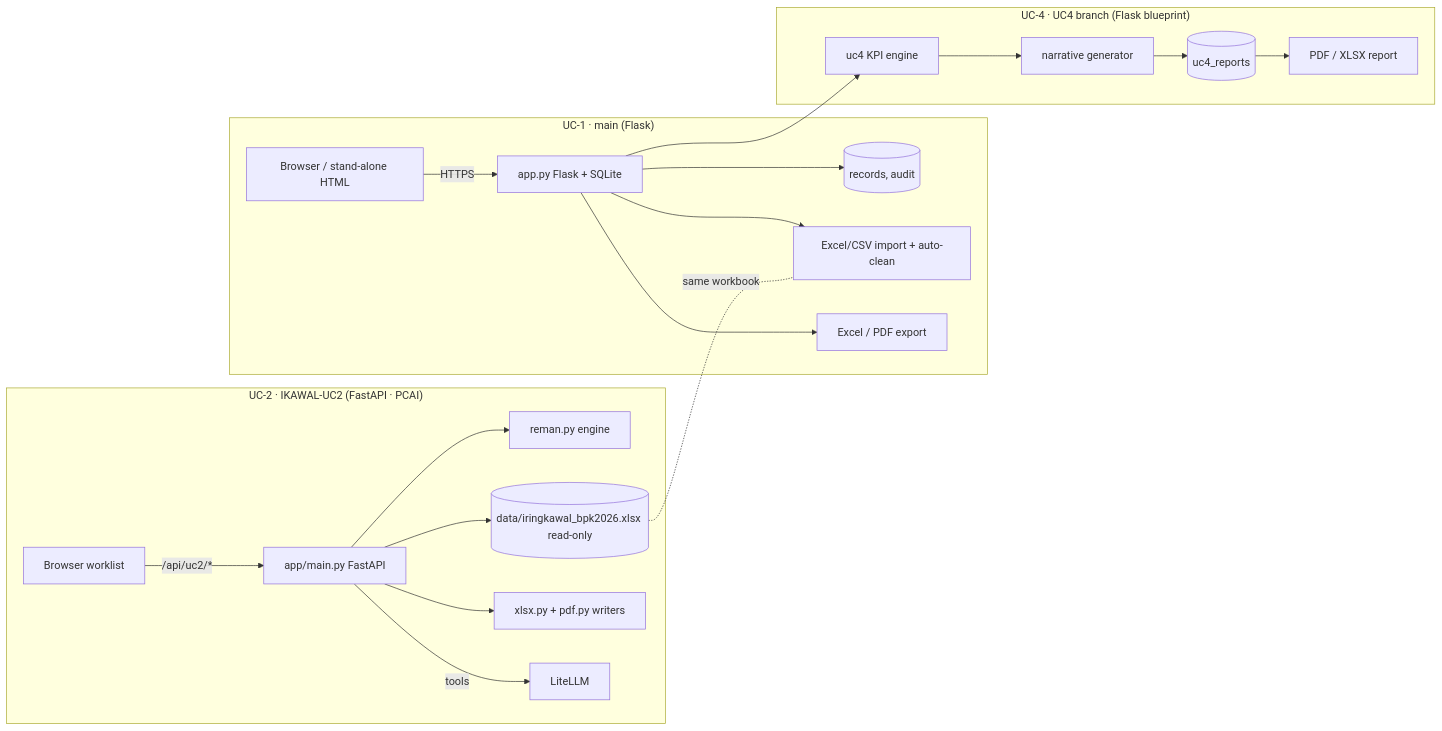
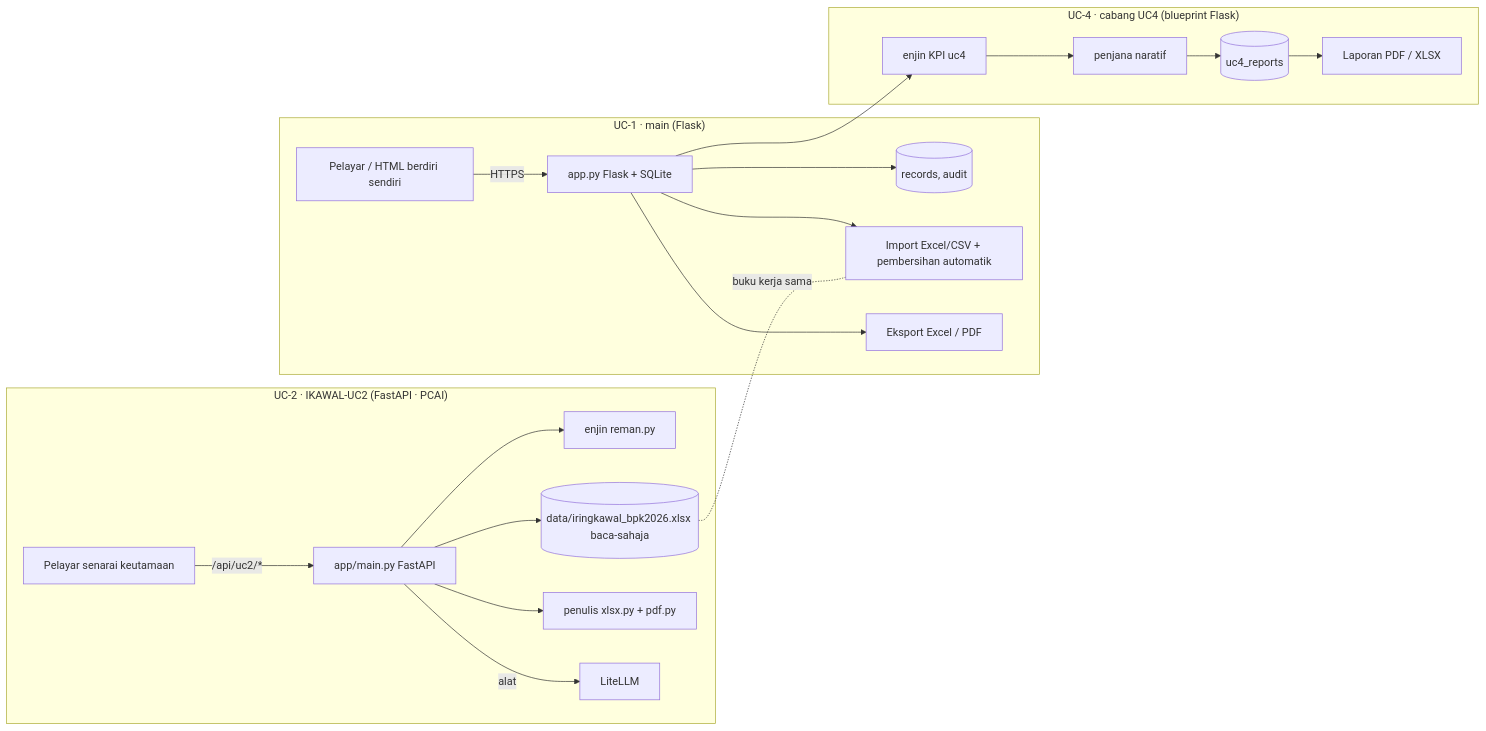
The first of 5 diagrams in tdd_ikawal_001_banduan_dagang_monitoring.md (amirraihan/IKAWAL), drawn with Mermaid before and after one commit. The commit also changed other lines of this file, not shown here.

````diff
--- a/tdd_ikawal_001_banduan_dagang_monitoring.md
+++ b/tdd_ikawal_001_banduan_dagang_monitoring.md
@@ -117,23 +119,23 @@
 ```mermaid
 flowchart LR
     subgraph UC1["UC-1 · main (Flask)"]
-        B[Browser / stand-alone HTML] -->|HTTPS| F[app.py Flask + SQLite]
+        B[Pelayar / HTML berdiri sendiri] -->|HTTPS| F[app.py Flask + SQLite]
         F --> DB[(records, audit)]
-        F --> IMP[Excel/CSV import + auto-clean]
-        F --> EXP[Excel / PDF export]
+        F --> IMP[Import Excel/CSV + pembersihan automatik]
+        F --> EXP[Eksport Excel / PDF]
     end
     subgraph UC2["UC-2 · IKAWAL-UC2 (FastAPI · PCAI)"]
-        W[Browser worklist] -->|/api/uc2/*| P[app/main.py FastAPI]
-        P --> ENG[reman.py engine]
-        P --> REG[(data/iringkawal_bpk2026.xlsx read-only)]
-        P --> XW[xlsx.py + pdf.py writers]
-        P -->|tools| LLM[LiteLLM]
+        W[Pelayar senarai keutamaan] -->|/api/uc2/*| P[app/main.py FastAPI]
+        P --> ENG[enjin reman.py]
+        P --> REG[(data/iringkawal_bpk2026.xlsx baca-sahaja)]
+        P --> XW[penulis xlsx.py + pdf.py]
+        P -->|alat| LLM[LiteLLM]
     end
-    subgraph UC4["UC-4 · UC4 branch (Flask blueprint)"]
-        F --> KPI[uc4 KPI engine]
-        KPI --> NAR[narrative generator]
+    subgraph UC4["UC-4 · cabang UC4 (blueprint Flask)"]
+        F --> KPI[enjin KPI uc4]
+        KPI --> NAR[penjana naratif]
         NAR --> REP[(uc4_reports)]
-        REP --> RP[PDF / XLSX report]
+        REP --> RP[Laporan PDF / XLSX]
     end
-    REG -. same workbook .- IMP
+    REG -. buku kerja sama .- IMP
 ```
````
